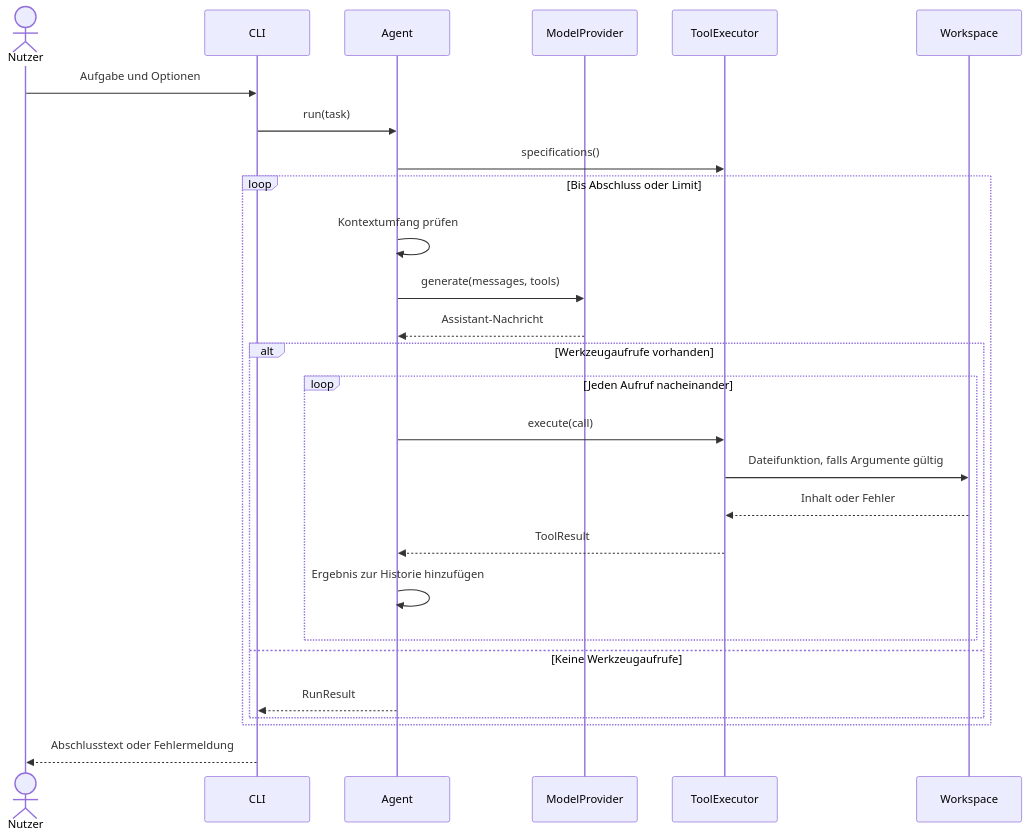
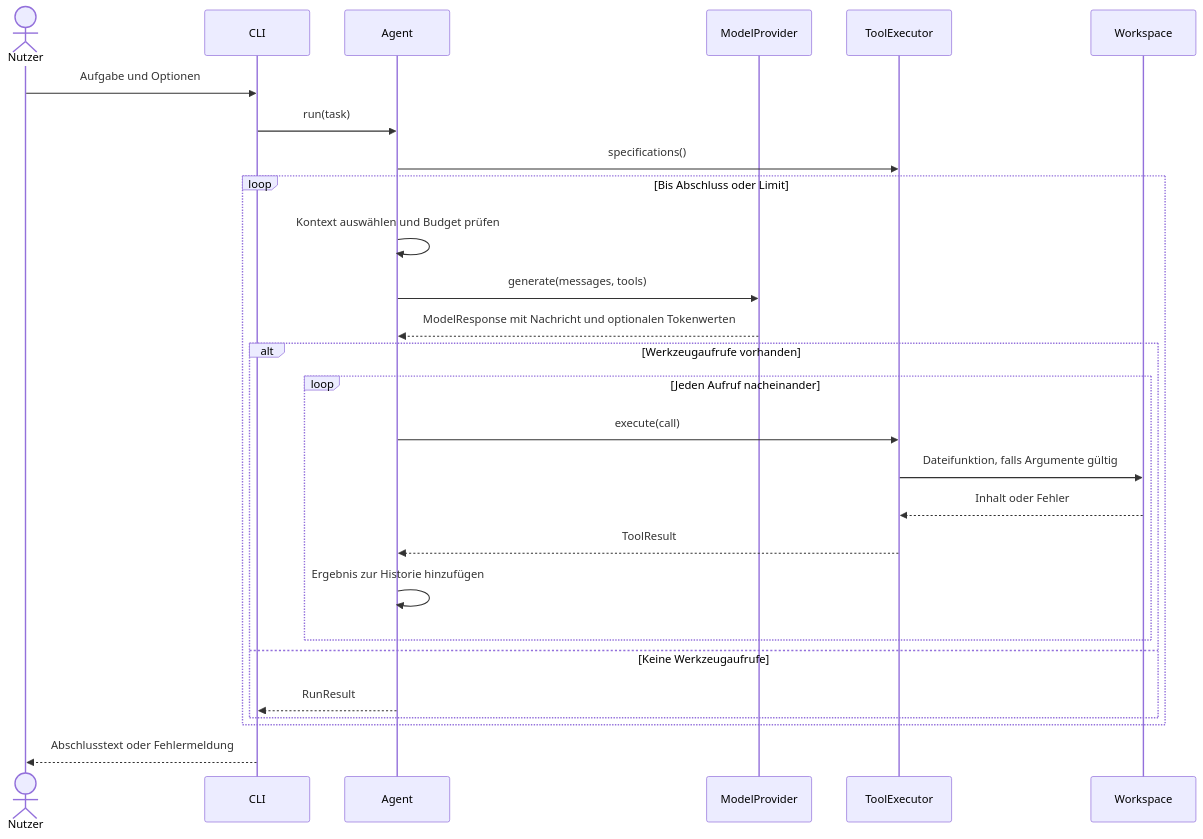
The fourth of 7 diagrams in docs/architecture.md (mtirtasana/ai-coding-agent), drawn with Mermaid before and after one commit. The commit also changed other lines of this file and 12 other files, not shown here.

````diff
--- a/docs/architecture.md
+++ b/docs/architecture.md
@@ -215,29 +246,29 @@
 ```mermaid
 sequenceDiagram
     actor User as Nutzer
     participant CLI
     participant Agent
     participant Model as ModelProvider
     participant Tools as ToolExecutor
     participant WS as Workspace
     User->>CLI: Aufgabe und Optionen
     CLI->>Agent: run(task)
     Agent->>Tools: specifications()
     loop Bis Abschluss oder Limit
-        Agent->>Agent: Kontextumfang prüfen
+        Agent->>Agent: Kontext auswählen und Budget prüfen
         Agent->>Model: generate(messages, tools)
-        Model-->>Agent: Assistant-Nachricht
+        Model-->>Agent: ModelResponse mit Nachricht und optionalen Tokenwerten
         alt Werkzeugaufrufe vorhanden
             loop Jeden Aufruf nacheinander
                 Agent->>Tools: execute(call)
                 Tools->>WS: Dateifunktion, falls Argumente gültig
                 WS-->>Tools: Inhalt oder Fehler
                 Tools-->>Agent: ToolResult
                 Agent->>Agent: Ergebnis zur Historie hinzufügen
             end
         else Keine Werkzeugaufrufe
             Agent-->>CLI: RunResult
         end
     end
     CLI-->>User: Abschlusstext oder Fehlermeldung
 ```
````
